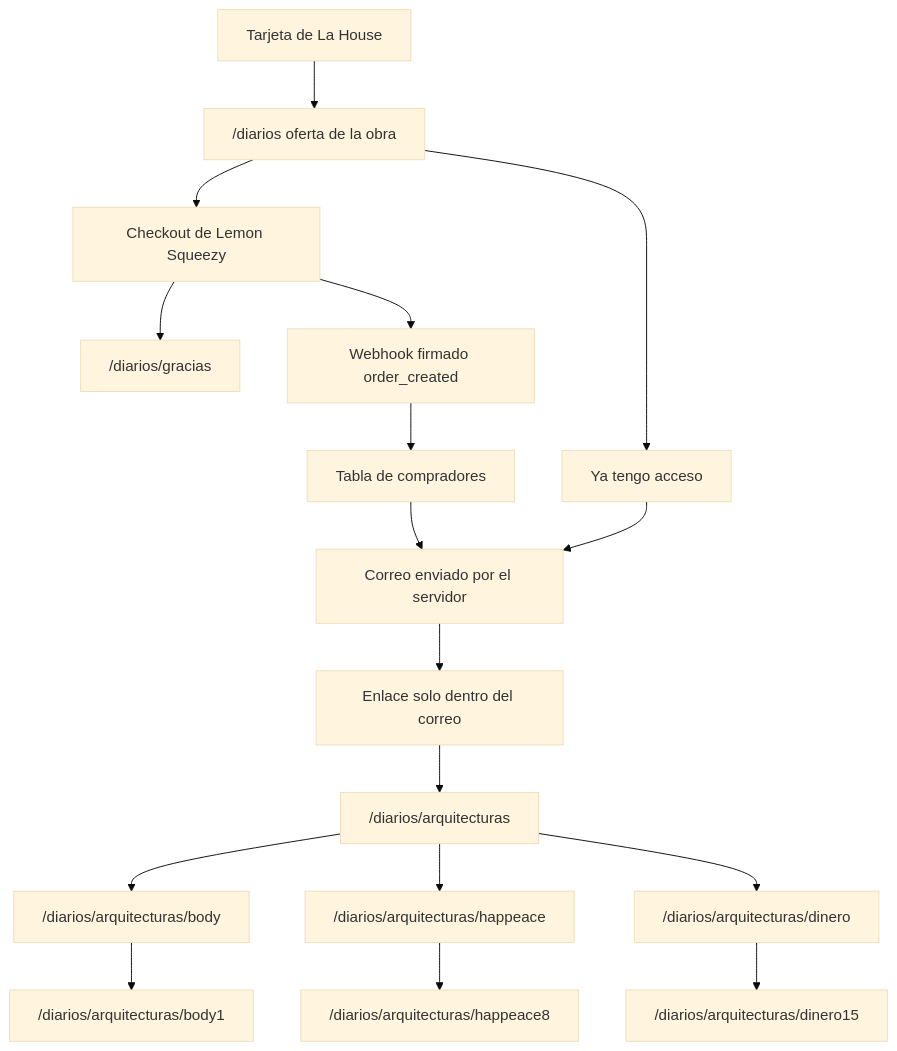
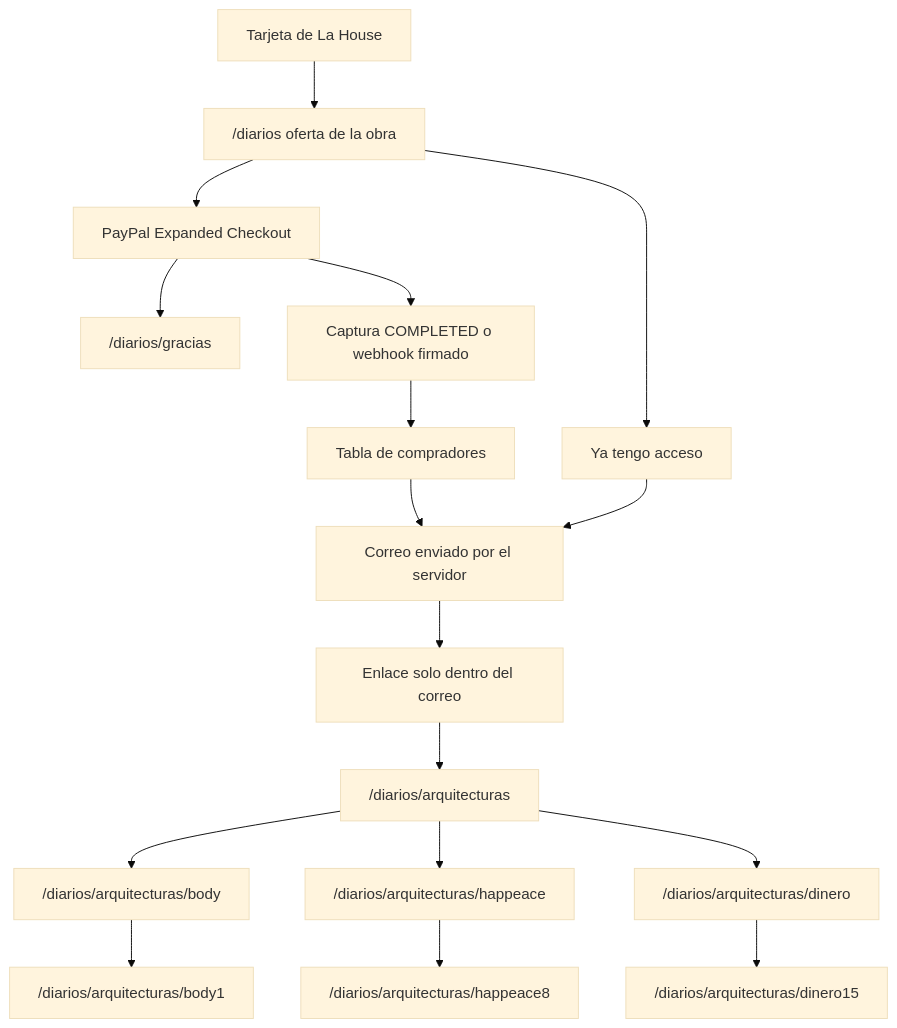
Before and after one commit to soyandymorales/iamfenixweb: the second of 4 diagrams in .cursor/plans/diarios_producto_pago_dc98bdb8.plan.md, drawn with Mermaid (base theme). The commit also changed other lines of this file and 44 other files, not shown here.

````diff
--- a/.cursor/plans/diarios_producto_pago_dc98bdb8.plan.md
+++ b/.cursor/plans/diarios_producto_pago_dc98bdb8.plan.md
@@ -123,19 +135,19 @@
 ```mermaid
 flowchart TD
   card["Tarjeta de La House"] --> sales["/diarios oferta de la obra"]
-  sales --> checkout["Checkout de Lemon Squeezy"]
+  sales --> checkout["PayPal Expanded Checkout"]
   checkout --> thanks["/diarios/gracias"]
-  checkout --> verified["Webhook firmado order_created"]
+  checkout --> verified["Captura COMPLETED o webhook firmado"]
   verified --> buyers["Tabla de compradores"]
   buyers --> mail["Correo enviado por el servidor"]
   mail --> inbox["Enlace solo dentro del correo"]
   inbox --> gates["/diarios/arquitecturas"]
   gates --> body["/diarios/arquitecturas/body"]
   gates --> happeace["/diarios/arquitecturas/happeace"]
   gates --> dinero["/diarios/arquitecturas/dinero"]
   body --> bodyDay["/diarios/arquitecturas/body1"]
   happeace --> happeaceDay["/diarios/arquitecturas/happeace8"]
   dinero --> dineroDay["/diarios/arquitecturas/dinero15"]
   sales --> returning["Ya tengo acceso"]
   returning --> mail
 ```
````
